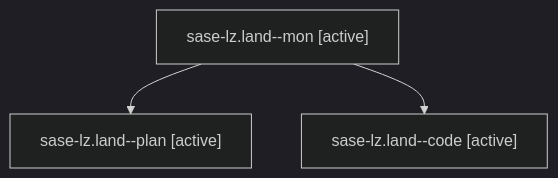
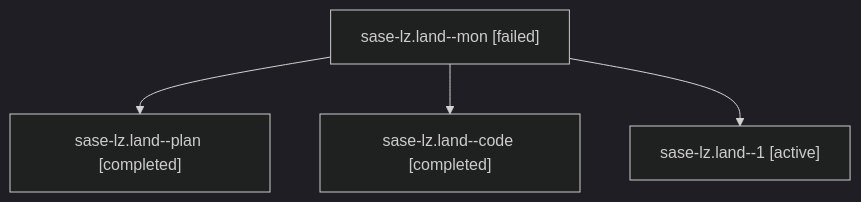
The diagram in families/bbugyi200.athena.sase-lz.land.md (sase-org/sase--agents), drawn with Mermaid (dark theme) before and after one commit. The commit also changed other lines of this file and 48 other files, not shown here.

````diff
--- a/families/bbugyi200.athena.sase-lz.land.md
+++ b/families/bbugyi200.athena.sase-lz.land.md
@@ -9,8 +9,10 @@
 ```mermaid
 flowchart TD
-  n0["sase-lz.land--mon [active]"]
-  n1["sase-lz.land--plan [active]"]
+  n0["sase-lz.land--mon [failed]"]
+  n1["sase-lz.land--plan [completed]"]
   n0 --> n1
-  n2["sase-lz.land--code [active]"]
+  n2["sase-lz.land--code [completed]"]
   n0 --> n2
+  n3["sase-lz.land--1 [active]"]
+  n0 --> n3
 ```
````
